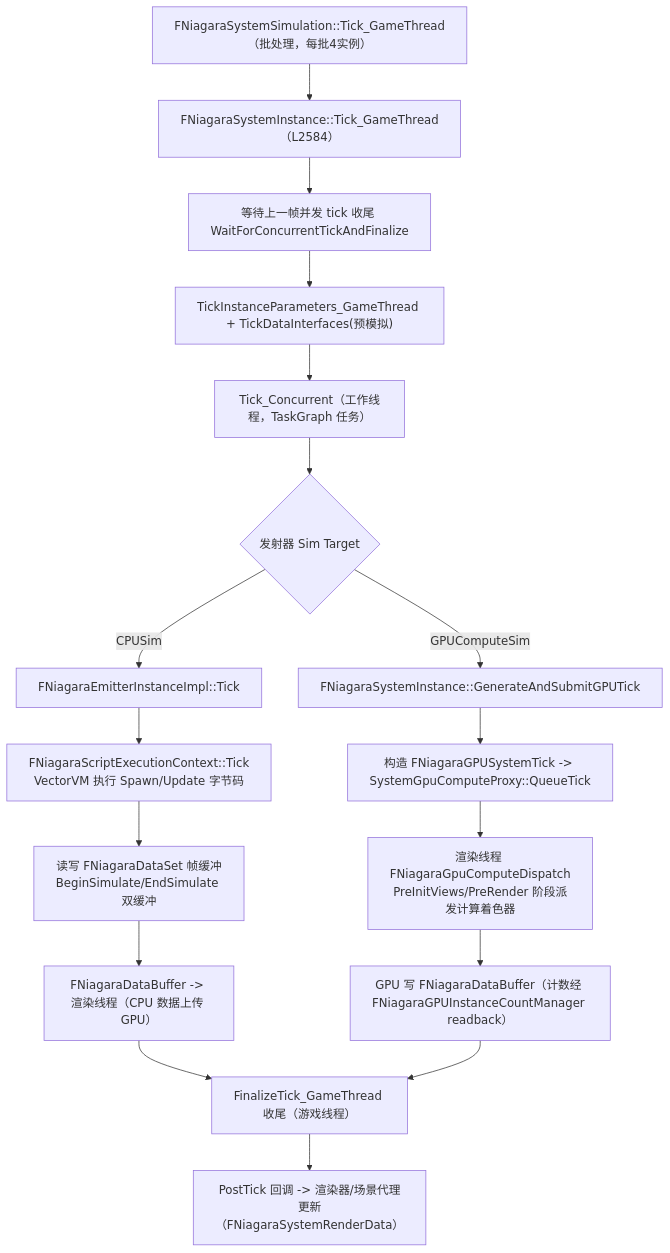
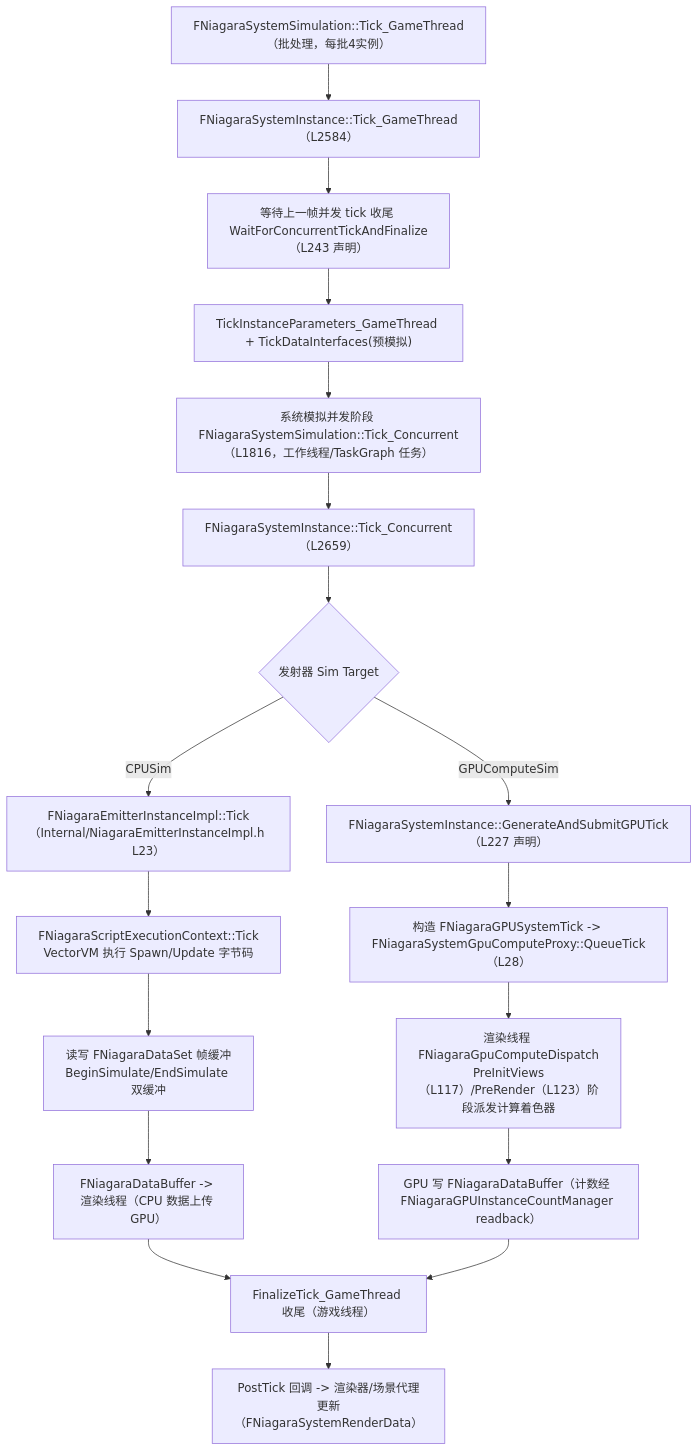
One commit to fantuan812/learning changed the second of 3 diagrams in 游戏知识/12-引擎源码分析/17-Niagara源码.md. Above: the diagram before and after it, drawn with Mermaid. The commit also changed other lines of this file and 264 other files, not shown here.

````diff
--- a/游戏知识/12-引擎源码分析/17-Niagara源码.md
+++ b/游戏知识/12-引擎源码分析/17-Niagara源码.md
@@ -943,19 +1298,20 @@
 ```mermaid
 flowchart TD
     S["FNiagaraSystemSimulation::Tick_GameThread（批处理，每批4实例）"] --> S2["FNiagaraSystemInstance::Tick_GameThread（L2584）"]
-    S2 --> S3["等待上一帧并发 tick 收尾 WaitForConcurrentTickAndFinalize"]
+    S2 --> S3["等待上一帧并发 tick 收尾 WaitForConcurrentTickAndFinalize（L243 声明）"]
     S3 --> S4["TickInstanceParameters_GameThread + TickDataInterfaces(预模拟)"]
-    S4 --> S5["Tick_Concurrent（工作线程，TaskGraph 任务）"]
-    S5 --> C1{"发射器 Sim Target"}
-    C1 -->|"CPUSim"| C2["FNiagaraEmitterInstanceImpl::Tick"]
+    S4 --> S5["系统模拟并发阶段 FNiagaraSystemSimulation::Tick_Concurrent（L1816，工作线程/TaskGraph 任务）"]
+    S5 --> S6["FNiagaraSystemInstance::Tick_Concurrent（L2659）"]
+    S6 --> C1{"发射器 Sim Target"}
+    C1 -->|"CPUSim"| C2["FNiagaraEmitterInstanceImpl::Tick（Internal/NiagaraEmitterInstanceImpl.h L23）"]
     C2 --> C3["FNiagaraScriptExecutionContext::Tick<br/>VectorVM 执行 Spawn/Update 字节码"]
     C3 --> C4["读写 FNiagaraDataSet 帧缓冲<br/>BeginSimulate/EndSimulate 双缓冲"]
     C4 --> C5["FNiagaraDataBuffer -> 渲染线程（CPU 数据上传 GPU）"]
-    C1 -->|"GPUComputeSim"| G1["FNiagaraSystemInstance::GenerateAndSubmitGPUTick"]
-    G1 --> G2["构造 FNiagaraGPUSystemTick -> SystemGpuComputeProxy::QueueTick"]
-    G2 --> G3["渲染线程 FNiagaraGpuComputeDispatch<br/>PreInitViews/PreRender 阶段派发计算着色器"]
+    C1 -->|"GPUComputeSim"| G1["FNiagaraSystemInstance::GenerateAndSubmitGPUTick（L227 声明）"]
+    G1 --> G2["构造 FNiagaraGPUSystemTick -> FNiagaraSystemGpuComputeProxy::QueueTick（L28）"]
+    G2 --> G3["渲染线程 FNiagaraGpuComputeDispatch<br/>PreInitViews（L117）/PreRender（L123）阶段派发计算着色器"]
     G3 --> G4["GPU 写 FNiagaraDataBuffer（计数经 FNiagaraGPUInstanceCountManager readback）"]
     C5 --> F1["FinalizeTick_GameThread 收尾（游戏线程）"]
     G4 --> F1
     F1 --> F2["PostTick 回调 -> 渲染器/场景代理更新（FNiagaraSystemRenderData）"]
 ```
````
